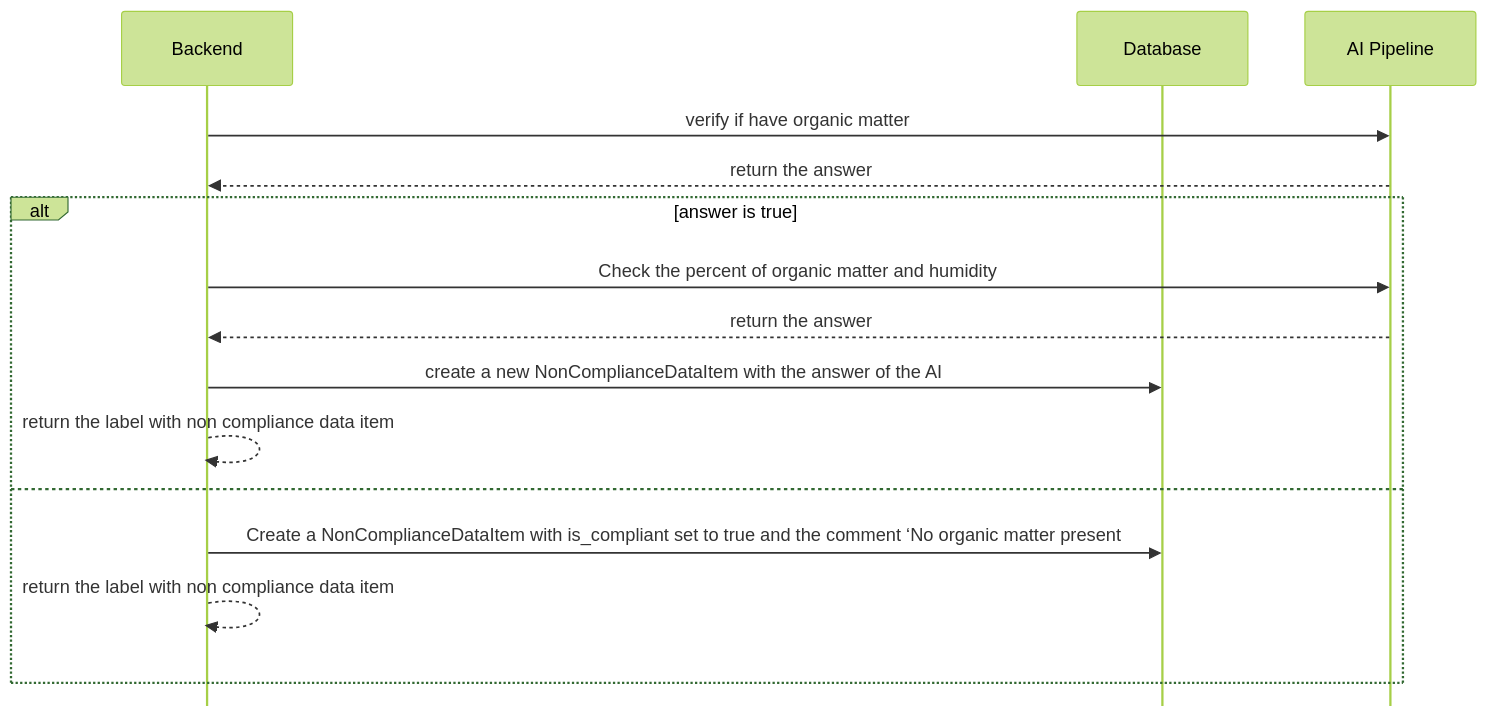
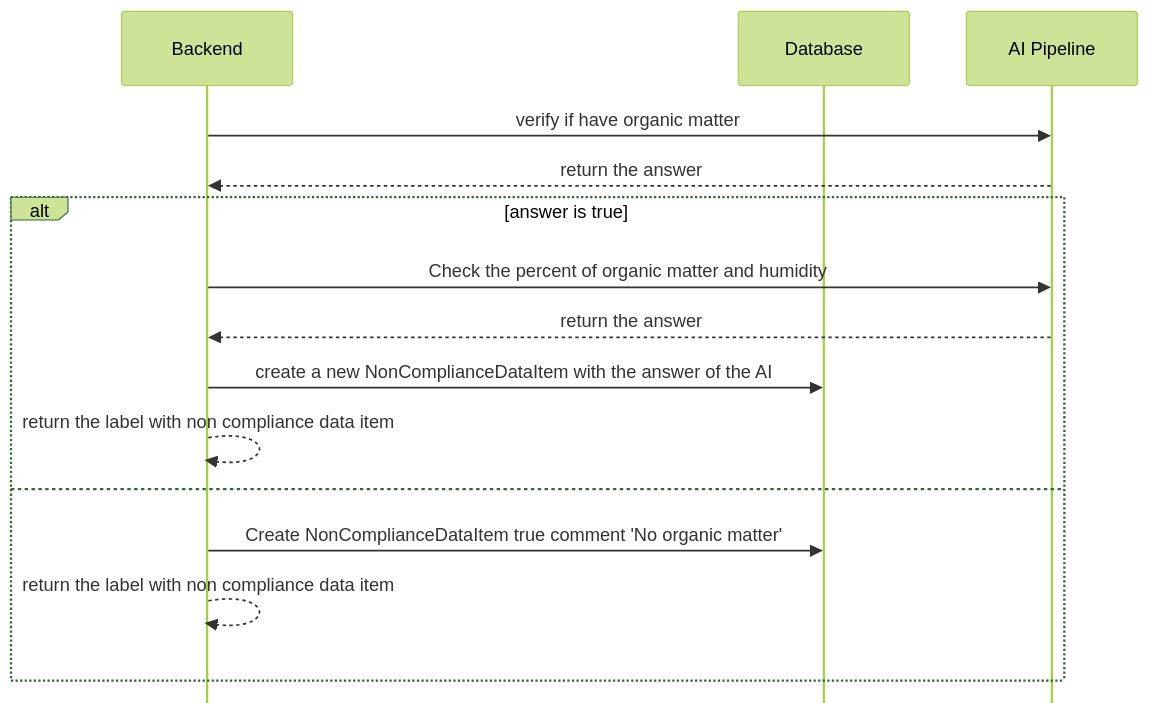
The diagram in docs/compliance/verification/organic_matter/design.md (ai-cfia/fertiscan), drawn with Mermaid (forest theme) before and after one commit.

Commit message:
correction of number of character for the design

````diff
--- a/docs/compliance/verification/organic_matter/design.md
+++ b/docs/compliance/verification/organic_matter/design.md
@@ -3,29 +3,29 @@
 ```mermaid
 %%{init: { "sequence": { "mirrorActors": false } }}%%
 sequenceDiagram
     participant be as Backend
     participant db as Database
     participant ai as AI Pipeline
 
     be ->> ai: verify if have organic matter
     ai -->> be: return the answer
     alt  answer is true
 
     be ->> ai: Check the percent of organic matter and humidity
 
     ai -->> be: return the answer
     be ->> db : create a new NonComplianceDataItem with the answer of the AI
     be -->> be: return the label with non compliance data item
 
     else
 
-    be ->> db: Create a NonComplianceDataItem with is_compliant set to true and the comment ‘No organic matter present
+    be ->> db: Create NonComplianceDataItem true comment 'No organic matter'
 
     be -->> be: return the label with non compliance data item
 
     end
 
 
 
 
 ```
````
